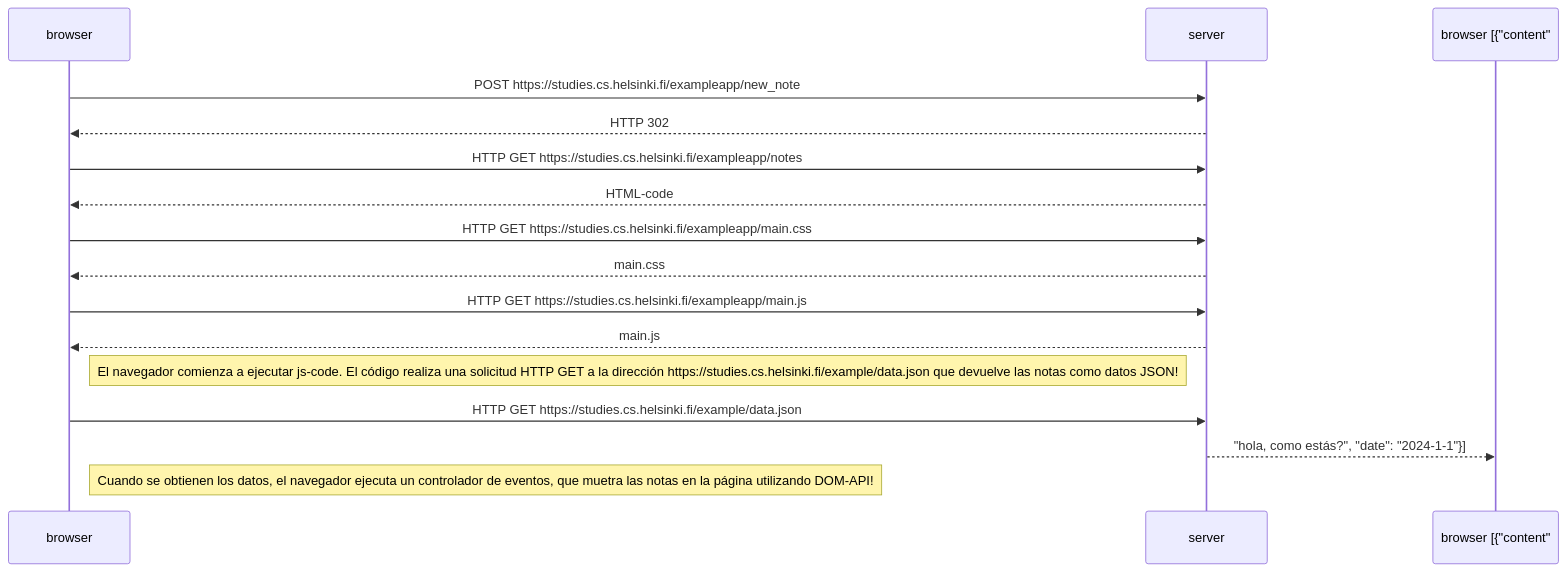
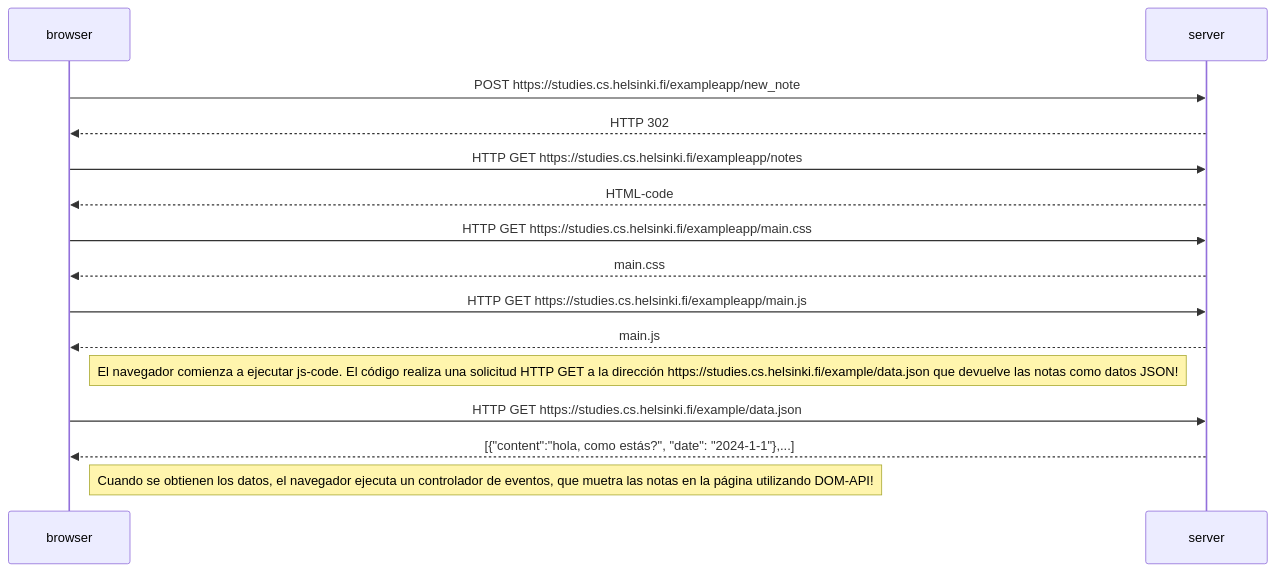
One commit to gastonracing98/part0 changed the first of 2 diagrams in README.md. Above: the diagram before and after it, drawn with Mermaid. The commit also changed other lines of this file, not shown here.

````diff
--- a/README.md
+++ b/README.md
@@ -4,21 +4,21 @@
 ```mermaid
 sequenceDiagram
 browser->>server: POST https://studies.cs.helsinki.fi/exampleapp/new_note
 server-->>browser: HTTP 302
 
 browser->>server: HTTP GET https://studies.cs.helsinki.fi/exampleapp/notes
 server-->>browser: HTML-code
 
 browser->>server: HTTP GET https://studies.cs.helsinki.fi/exampleapp/main.css
 server-->>browser: main.css
 
 browser->>server: HTTP GET https://studies.cs.helsinki.fi/exampleapp/main.js
 server-->>browser: main.js
 
 Note right of browser: El navegador comienza a ejecutar js-code. El código realiza una solicitud HTTP GET a la dirección https://studies.cs.helsinki.fi/example/data.json que devuelve las notas como datos JSON!
 
 browser->>server: HTTP GET https://studies.cs.helsinki.fi/example/data.json
-server-->>browser [{"content":"hola, como estás?", "date": "2024-1-1"}]
+server-->>browser: [{"content":"hola, como estás?", "date": "2024-1-1"},...]
 
 Note right of browser: Cuando se obtienen los datos, el navegador ejecuta un controlador de eventos, que muetra las notas en la página utilizando DOM-API!
 ```
````
